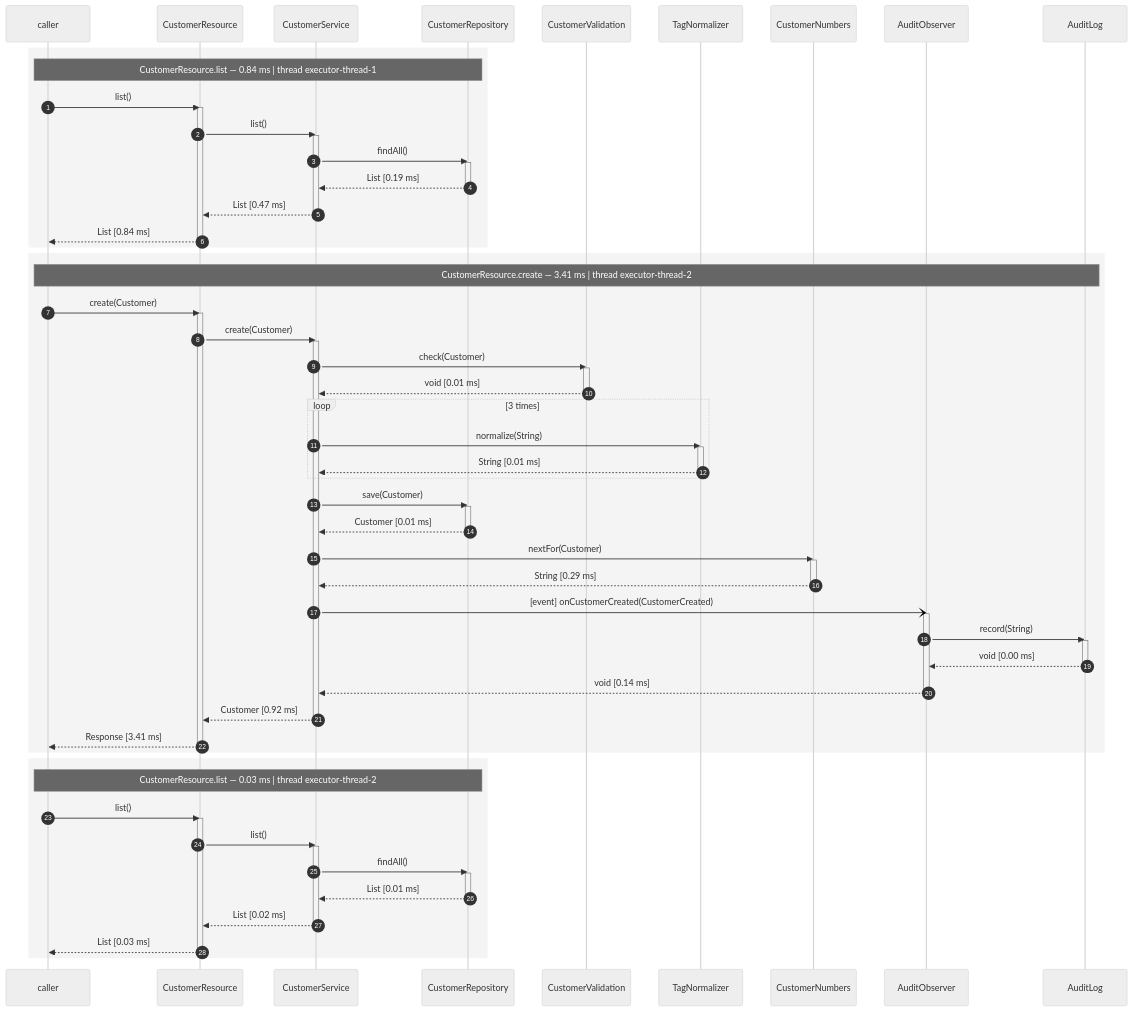
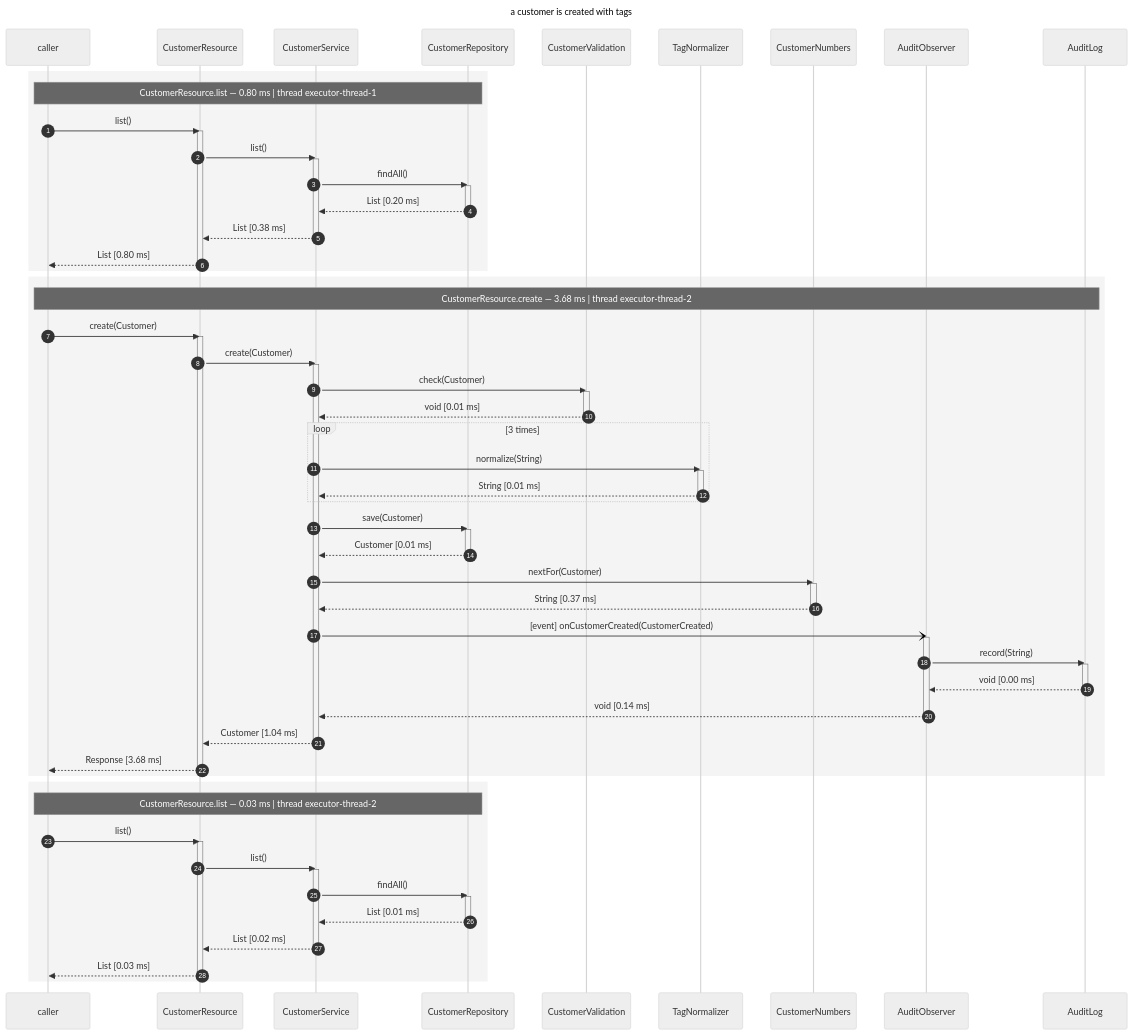
Before and after one commit to os890/dynamic-cdi-flow-renderer: the first of 4 diagrams in cdi-flow-examples/cdi-flow-examples-quarkus-crud/README.md, drawn with Mermaid (neutral theme). The commit also changed other lines of this file and 16 other files, not shown here.

````diff
--- a/cdi-flow-examples/cdi-flow-examples-quarkus-crud/README.md
+++ b/cdi-flow-examples/cdi-flow-examples-quarkus-crud/README.md
@@ -93,4 +94,7 @@
 ```mermaid
+---
+title: "a customer is created with tags"
+---
 sequenceDiagram
     autonumber
     participant Caller as caller
@@ -103,22 +107,22 @@
     participant AuditObserver
     participant AuditLog
     rect rgb(244, 244, 244)
-        Note over Caller,CustomerRepository: CustomerResource.list — 0.84 ms | thread executor-thread-1
+        Note over Caller,CustomerRepository: CustomerResource.list — 0.80 ms | thread executor-thread-1
         Caller->>CustomerResource: list()
         activate CustomerResource
             CustomerResource->>CustomerService: list()
             activate CustomerService
                 CustomerService->>CustomerRepository: findAll()
                 activate CustomerRepository
-                CustomerRepository-->>CustomerService: List [0.19 ms]
+                CustomerRepository-->>CustomerService: List [0.20 ms]
                 deactivate CustomerRepository
-            CustomerService-->>CustomerResource: List [0.47 ms]
+            CustomerService-->>CustomerResource: List [0.38 ms]
             deactivate CustomerService
-        CustomerResource-->>Caller: List [0.84 ms]
+        CustomerResource-->>Caller: List [0.80 ms]
         deactivate CustomerResource
     end
     rect rgb(244, 244, 244)
-        Note over Caller,AuditLog: CustomerResource.create — 3.41 ms | thread executor-thread-2
+        Note over Caller,AuditLog: CustomerResource.create — 3.68 ms | thread executor-thread-2
         Caller->>CustomerResource: create(Customer)
         activate CustomerResource
             CustomerResource->>CustomerService: create(Customer)
@@ -139,7 +143,7 @@
                 deactivate CustomerRepository
                 CustomerService->>CustomerNumbers: nextFor(Customer)
                 activate CustomerNumbers
-                CustomerNumbers-->>CustomerService: String [0.29 ms]
+                CustomerNumbers-->>CustomerService: String [0.37 ms]
                 deactivate CustomerNumbers
                 CustomerService-)AuditObserver: [event] onCustomerCreated(CustomerCreated)
                 activate AuditObserver
@@ -149,9 +153,9 @@
                     deactivate AuditLog
                 AuditObserver-->>CustomerService: void [0.14 ms]
                 deactivate AuditObserver
-            CustomerService-->>CustomerResource: Customer [0.92 ms]
+            CustomerService-->>CustomerResource: Customer [1.04 ms]
             deactivate CustomerService
-        CustomerResource-->>Caller: Response [3.41 ms]
+        CustomerResource-->>Caller: Response [3.68 ms]
         deactivate CustomerResource
     end
     rect rgb(244, 244, 244)
````
